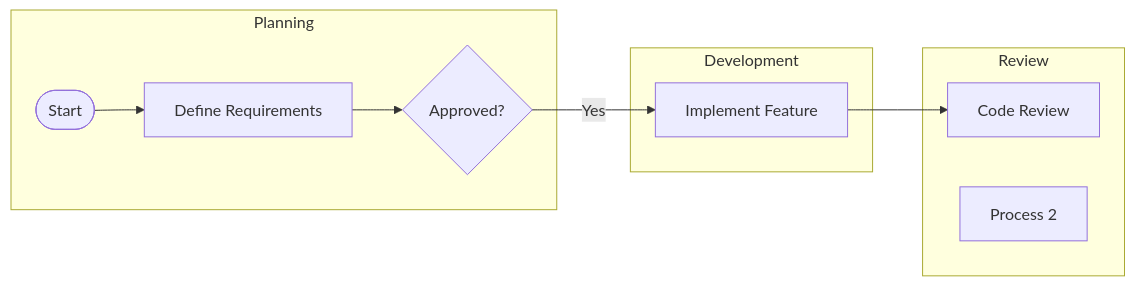
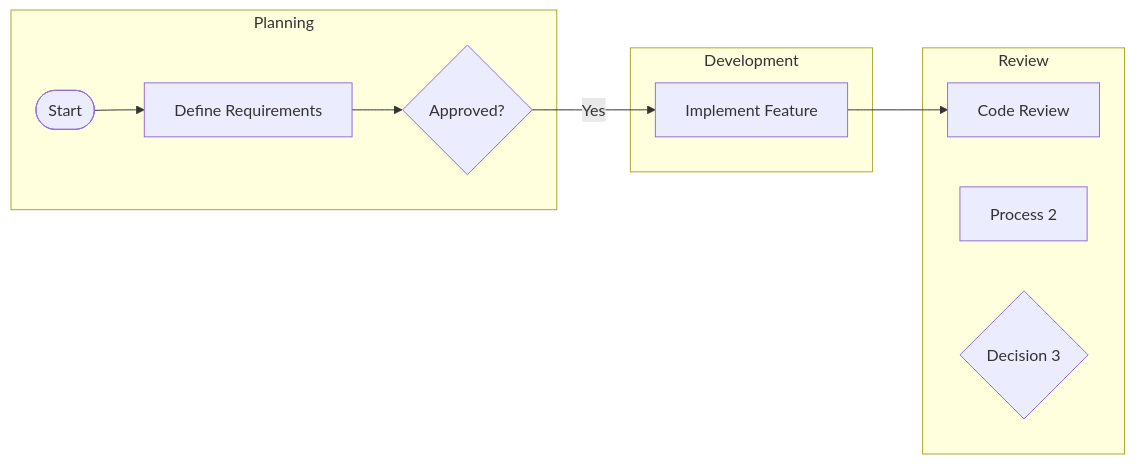
The diagram in mmd/123_b2f8306e-b6c8-4ad0-b488-58dc12e6aa2e.mmd (pingpm/mermaid_vault), drawn with Mermaid before and after one commit. The commit also changed 2 other files, not shown here.

Commit message:
Sync Mermaid Studio data (11 diagrams)

```diff
--- a/mmd/123_b2f8306e-b6c8-4ad0-b488-58dc12e6aa2e.mmd
+++ b/mmd/123_b2f8306e-b6c8-4ad0-b488-58dc12e6aa2e.mmd
@@ -1,17 +1,18 @@
 graph LR
   subgraph lane_lane_1["Planning"]
     t_task_3{"Approved?"}
     t_task_1(["Start"])
     t_task_2["Define Requirements"]
   end
   subgraph lane_lane_2["Development"]
     t_task_4["Implement Feature"]
   end
   subgraph lane_lane_3["Review"]
     t_task_5["Code Review"]
     t_f878443c_fb42_4e7b_9ed5_04e5d1d848d1["Process 2"]
+    t_b37941da_d4bf_4f20_8d84_af6f34391525{"Decision 3"}
   end
   t_task_1 --> t_task_2
   t_task_2 --> t_task_3
   t_task_3 -->|"Yes"| t_task_4
   t_task_4 --> t_task_5
```
